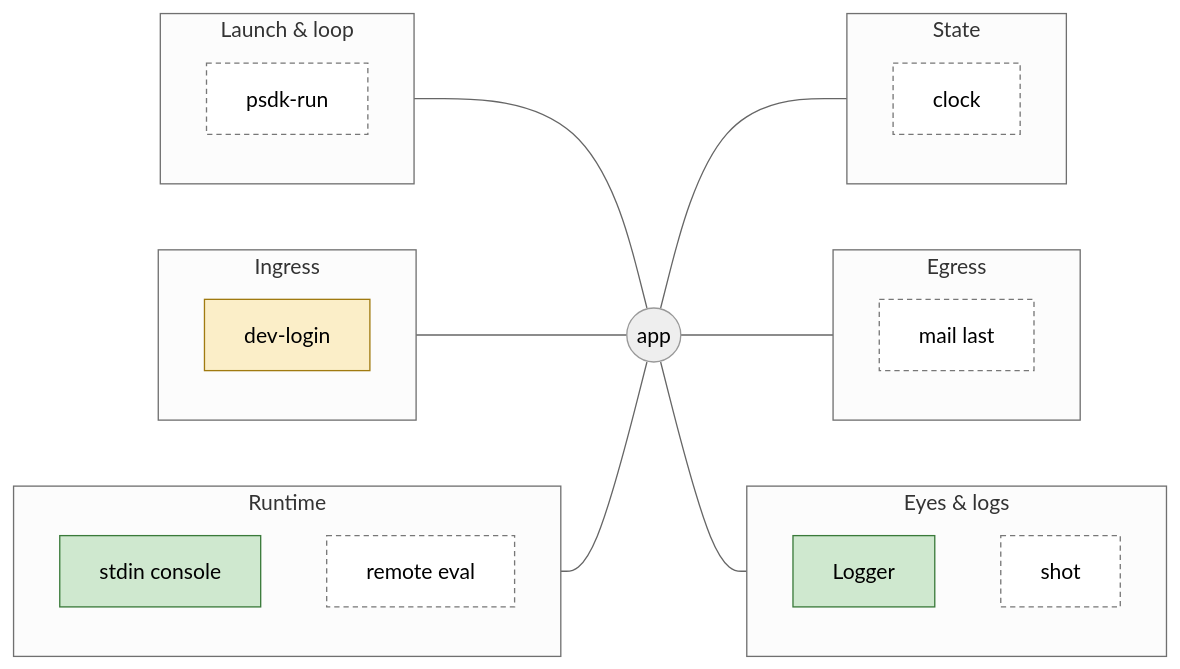
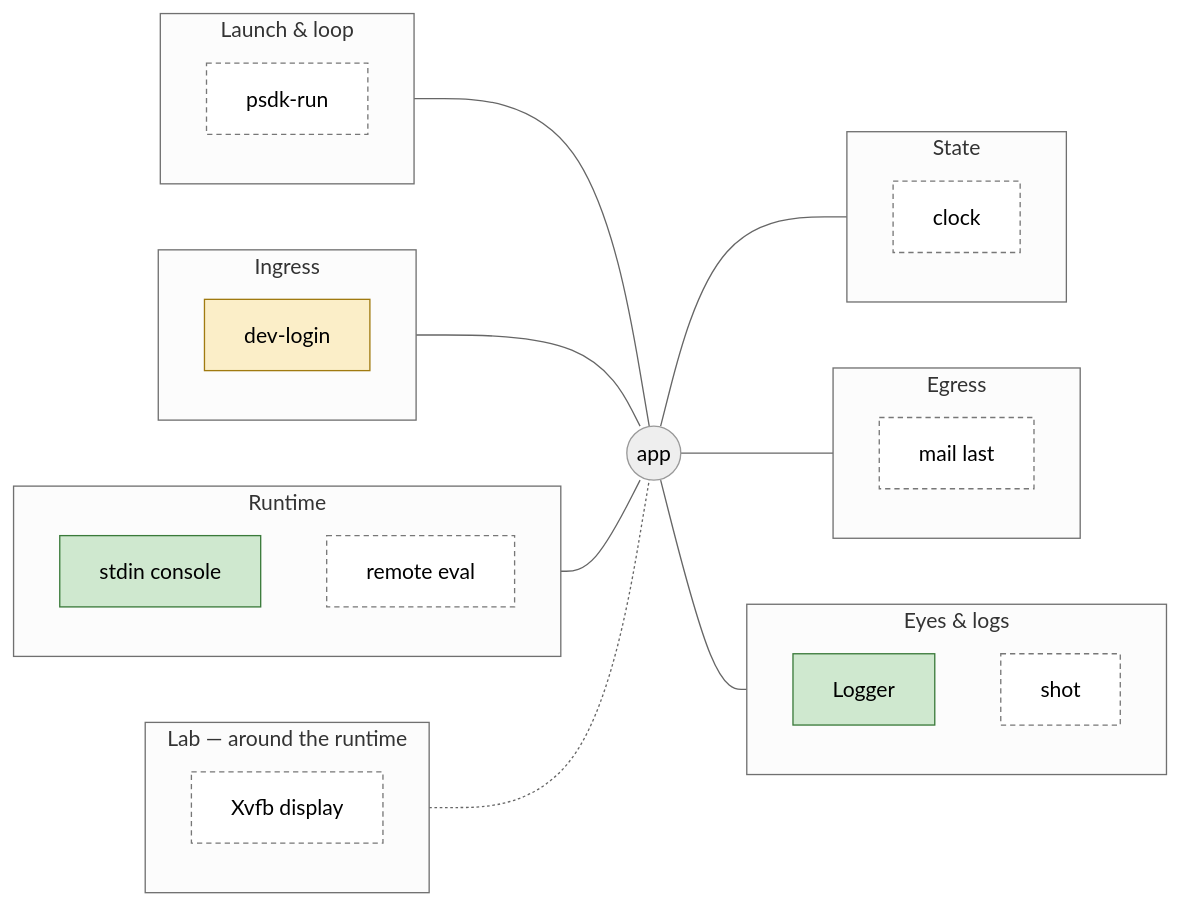
Before and after one commit to Scorbutics/agentic-toolsmith: the diagram in skills/toolsmith/references/map-template.md, drawn with Mermaid (neutral theme). The commit also changed other lines of this file and 3 other files, not shown here.

First line of the commit message:
feat(v3.3): a Lab category around the runtime; cards say what they are and why they are not scripts

````diff
--- a/skills/toolsmith/references/map-template.md
+++ b/skills/toolsmith/references/map-template.md
@@ -71,33 +81,37 @@
 ```mermaid
 flowchart LR
   app((app))
   classDef exists fill:#cfe8cf,stroke:#3a7a3a;
   classDef half fill:#fbeec8,stroke:#a07a10;
   classDef missing fill:#ffffff,stroke:#777,stroke-dasharray:4 3;
   subgraph launch[Launch & loop]
     run[psdk-run]:::missing
   end
   subgraph ingress[Ingress]
     login[dev-login]:::half
   end
   subgraph runtime[Runtime]
     console[stdin console]:::exists
     eval[remote eval]:::missing
   end
   subgraph state[State]
     clock[clock]:::missing
   end
   subgraph egress[Egress]
     inbox[mail last]:::missing
   end
   subgraph eyes[Eyes & logs]
     logs[Logger]:::exists
     shot[shot]:::missing
   end
+  subgraph lab[Lab — around the runtime]
+    xvfb[Xvfb display]:::missing
+  end
   launch --- app
   ingress --- app
   runtime --- app
   app --- state
   app --- egress
   app --- eyes
+  lab -.- app
 ```
````
